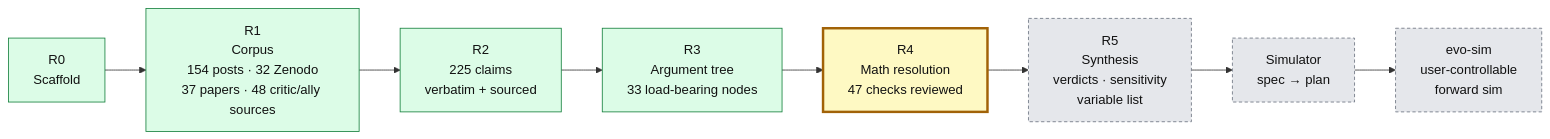
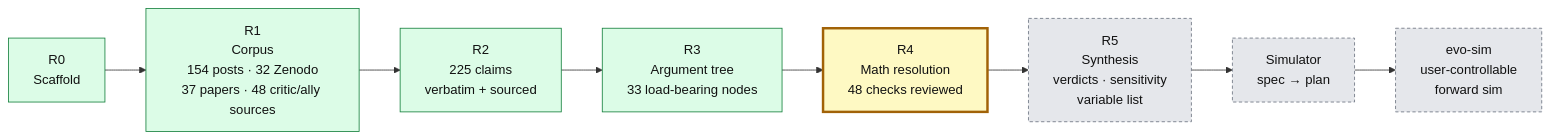
One commit to nickallevato/evo-sim changed the second of 2 diagrams in README.md. Above: the diagram before and after it, drawn with Mermaid. The commit also changed 13 other files, not shown here.

````diff
--- a/README.md
+++ b/README.md
@@ -229,14 +229,14 @@
 ```mermaid
 flowchart LR
   R0["R0<br/>Scaffold"]:::done --> R1["R1<br/>Corpus<br/>154 posts · 32 Zenodo<br/>37 papers · 48 critic/ally sources"]:::done
   R1 --> R2["R2<br/>225 claims<br/>verbatim + sourced"]:::done
   R2 --> R3["R3<br/>Argument tree<br/>33 load-bearing nodes"]:::done
-  R3 --> R4["R4<br/>Math resolution<br/>47 checks reviewed"]:::active
+  R3 --> R4["R4<br/>Math resolution<br/>48 checks reviewed"]:::active
   R4 --> R5["R5<br/>Synthesis<br/>verdicts · sensitivity<br/>variable list"]:::todo
   R5 --> S1["Simulator<br/>spec → plan"]:::todo
   S1 --> S2["evo-sim<br/>user-controllable<br/>forward sim"]:::todo
 
   classDef done fill:#dcfce7,stroke:#15803d,color:#111
   classDef active fill:#fef9c3,stroke:#a16207,stroke-width:3px,color:#111
   classDef todo fill:#e5e7eb,stroke:#6b7280,color:#111,stroke-dasharray:4 3
 ```
````
